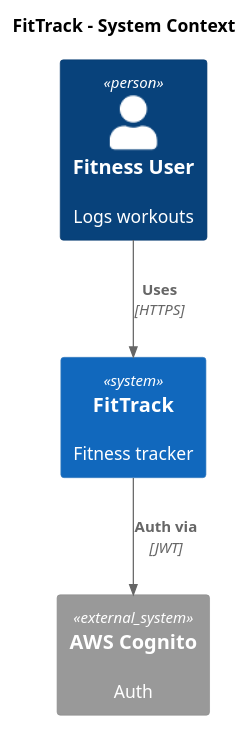
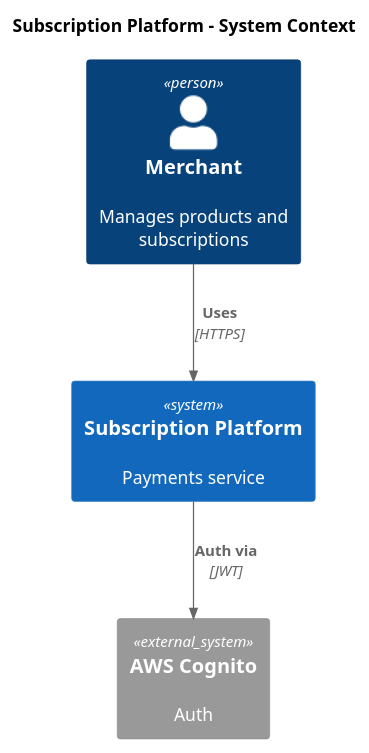
The diagram in modules/module-2-architecture/slides/module-2-architecture.md (LabSoft-AI/SDP-Powered-by-AI-Agents-2026-04-06), drawn with PlantUML before and after one commit. The commit also changed other lines of this file and 4 other files, not shown here.

First line of the commit message:
#6 feat(course): replace FitTrack with Subscription Platform for Module 6

````diff
--- a/modules/module-2-architecture/slides/module-2-architecture.md
+++ b/modules/module-2-architecture/slides/module-2-architecture.md
@@ -372,14 +380,14 @@
 ```plantuml
 @startuml c4-context
 !include C4_Context.puml
 
-title FitTrack - System Context
+title Subscription Platform - System Context
 
-Person(user, "Fitness User", "Logs workouts")
-System(fittrack, "FitTrack", "Fitness tracker")
+Person(user, "Merchant", "Manages products and subscriptions")
+System(subplatform, "Subscription Platform", "Payments service")
 System_Ext(cognito, "AWS Cognito", "Auth")
 
-Rel(user, fittrack, "Uses", "HTTPS")
-Rel(fittrack, cognito, "Auth via", "JWT")
+Rel(user, subplatform, "Uses", "HTTPS")
+Rel(subplatform, cognito, "Auth via", "JWT")
 @enduml
 ```
````
